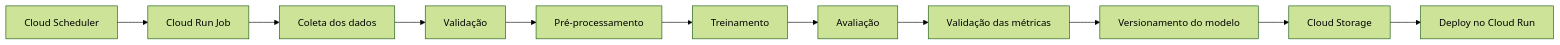
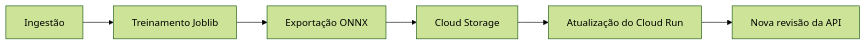
Before and after one commit to jessyca-machado/automated-text-exam-triage: the third of 3 diagrams in README.md, drawn with Mermaid (forest theme). The commit also changed other lines of this file, not shown here.

Commit message:
docs: adaptado o readme para refletir a mudança de modelo de inferência para ONNX Runtime

````diff
--- a/README.md
+++ b/README.md
@@ -109,13 +126,8 @@
 ```mermaid
 flowchart LR
-    A[Cloud Scheduler] --> B[Cloud Run Job]
-    B --> C[Coleta dos dados]
-    C --> D[Validação]
-    D --> E[Pré-processamento]
-    E --> F[Treinamento]
-    F --> G[Avaliação]
-    G --> H[Validação das métricas]
-    H --> I[Versionamento do modelo]
-    I --> J[Cloud Storage]
-    J --> K[Deploy no Cloud Run]
+    A[Ingestão] --> B[Treinamento Joblib]
+    B --> C[Exportação ONNX]
+    C --> D[Cloud Storage]
+    D --> E[Atualização do Cloud Run]
+    E --> F[Nova revisão da API]
 ```
````
